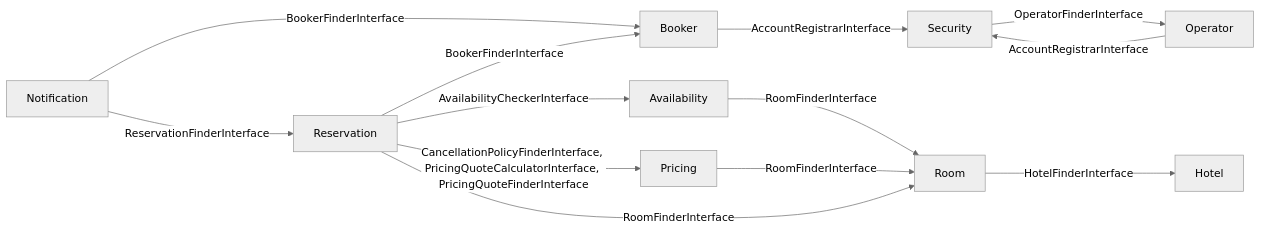
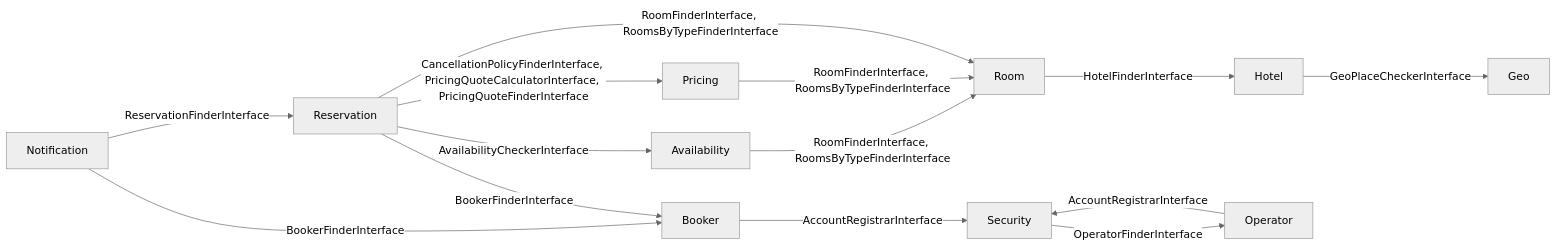
One commit to nicolas-canfrere/book.it changed the diagram in docs/context-map.md. Above: the diagram before and after it, drawn with Mermaid (neutral theme). The commit also changed 4 other files, not shown here.

````diff
--- a/docs/context-map.md
+++ b/docs/context-map.md
@@ -5,15 +5,16 @@
 ```mermaid
 graph LR
-  Availability -->|RoomFinderInterface| Room
+  Availability -->|RoomFinderInterface, RoomsByTypeFinderInterface| Room
   Booker -->|AccountRegistrarInterface| Security
+  Hotel -->|GeoPlaceCheckerInterface| Geo
   Notification -->|BookerFinderInterface| Booker
   Notification -->|ReservationFinderInterface| Reservation
   Operator -->|AccountRegistrarInterface| Security
-  Pricing -->|RoomFinderInterface| Room
+  Pricing -->|RoomFinderInterface, RoomsByTypeFinderInterface| Room
   Reservation -->|AvailabilityCheckerInterface| Availability
   Reservation -->|BookerFinderInterface| Booker
   Reservation -->|CancellationPolicyFinderInterface, PricingQuoteCalculatorInterface, PricingQuoteFinderInterface| Pricing
-  Reservation -->|RoomFinderInterface| Room
+  Reservation -->|RoomFinderInterface, RoomsByTypeFinderInterface| Room
   Room -->|HotelFinderInterface| Hotel
   Security -->|OperatorFinderInterface| Operator
 ```
````
